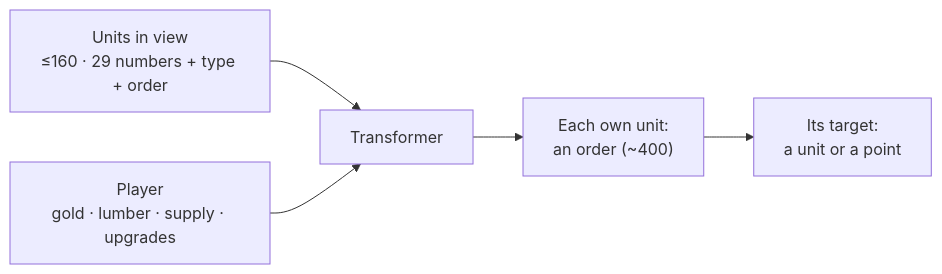
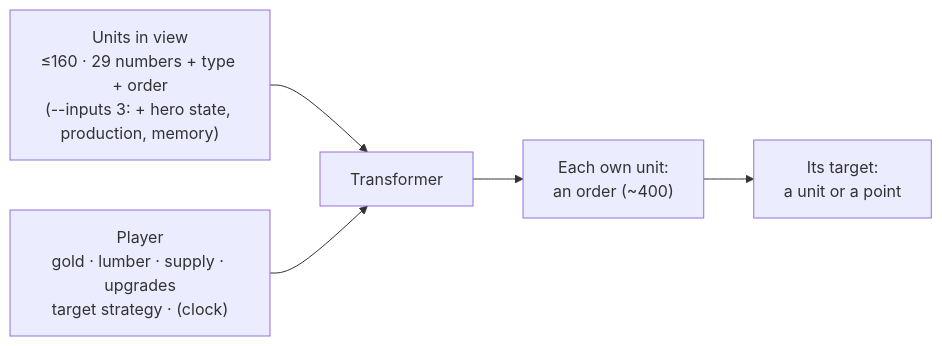
Before and after one commit to RobinKa/warcraftsim: the second of 2 diagrams in docs/environments.md, drawn with Mermaid. The commit also changed other lines of this file and 7 other files, not shown here.

````diff
--- a/docs/environments.md
+++ b/docs/environments.md
@@ -30,7 +30,7 @@
 ```mermaid
 flowchart LR
-  U["Units in view<br/>≤160 · 29 numbers + type + order"] --> N["Transformer"]
-  P["Player<br/>gold · lumber · supply · upgrades"] --> N
+  U["Units in view<br/>≤160 · 29 numbers + type + order<br/>(--inputs 3: + hero state, production, memory)"] --> N["Transformer"]
+  P["Player<br/>gold · lumber · supply · upgrades<br/>target strategy · (clock)"] --> N
   N --> O["Each own unit:<br/>an order (~400)"]
   O --> X["Its target:<br/>a unit or a point"]
 ```
````
